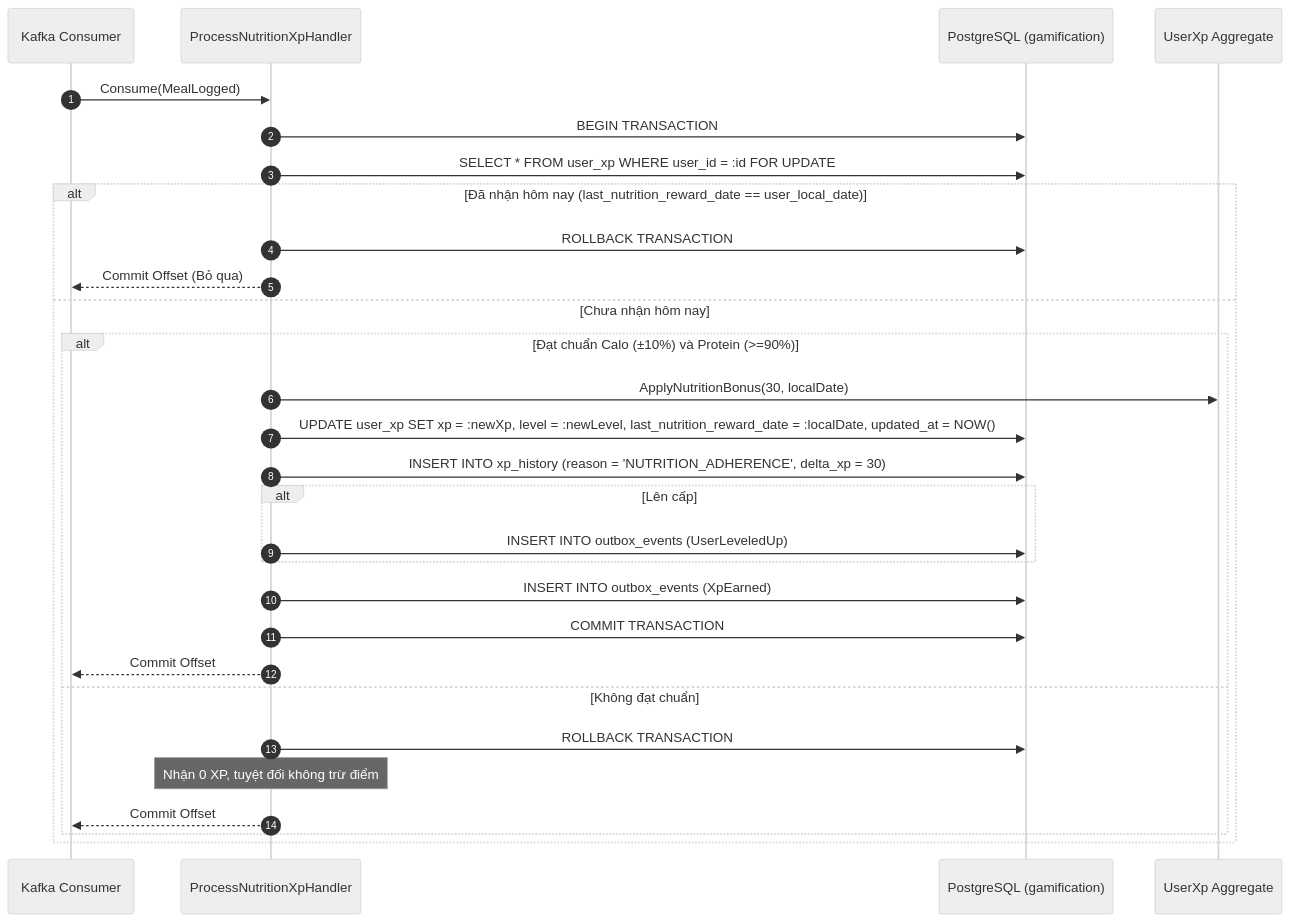
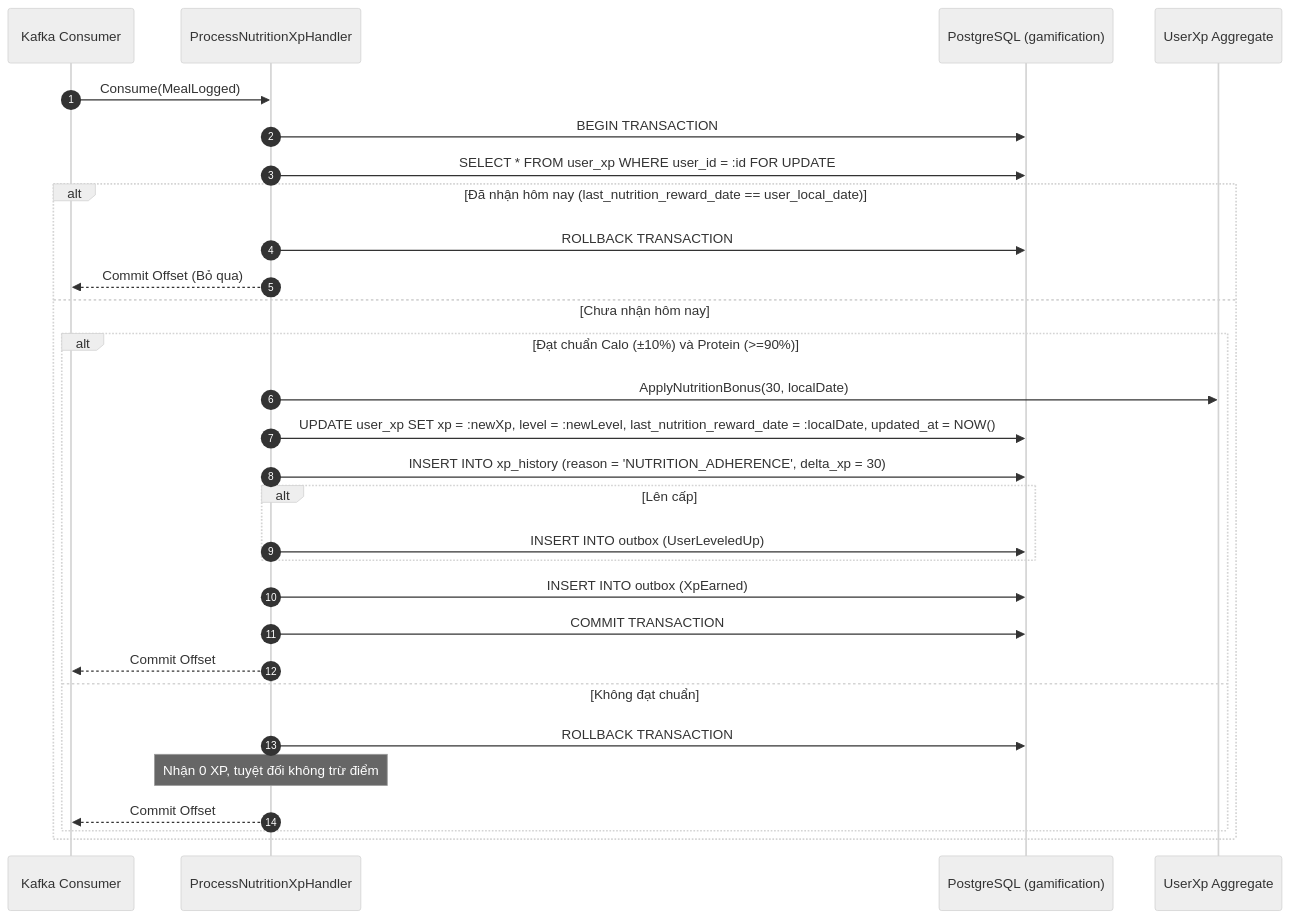
The fourth of 5 diagrams in internal/gamification/docs/features/xp-and-levels/02-design.md (viethung213/gym-companion), drawn with Mermaid (neutral theme) before and after one commit. The commit also changed other lines of this file and 2 other files, not shown here.

Commit message:
docs(gamification): bổ sung đặc tả Transactional Outbox dùng chung toàn module và chuẩn hóa bảng outbox

````diff
--- a/internal/gamification/docs/features/xp-and-levels/02-design.md
+++ b/internal/gamification/docs/features/xp-and-levels/02-design.md
@@ -266,32 +255,32 @@
 ```mermaid
 sequenceDiagram
     autonumber
     participant K as Kafka Consumer
     participant App as ProcessNutritionXpHandler
     participant DB as PostgreSQL (gamification)
     participant Domain as UserXp Aggregate
 
     K->>App: Consume(MealLogged)
     App->>DB: BEGIN TRANSACTION
     App->>DB: SELECT * FROM user_xp WHERE user_id = :id FOR UPDATE
     alt Đã nhận hôm nay (last_nutrition_reward_date == user_local_date)
         App->>DB: ROLLBACK TRANSACTION
         App-->>K: Commit Offset (Bỏ qua)
     else Chưa nhận hôm nay
         alt Đạt chuẩn Calo (±10%) và Protein (>=90%)
             App->>Domain: ApplyNutritionBonus(30, localDate)
             App->>DB: UPDATE user_xp SET xp = :newXp, level = :newLevel, last_nutrition_reward_date = :localDate, updated_at = NOW()
             App->>DB: INSERT INTO xp_history (reason = 'NUTRITION_ADHERENCE', delta_xp = 30)
             alt Lên cấp
-                App->>DB: INSERT INTO outbox_events (UserLeveledUp)
+                App->>DB: INSERT INTO outbox (UserLeveledUp)
             end
-            App->>DB: INSERT INTO outbox_events (XpEarned)
+            App->>DB: INSERT INTO outbox (XpEarned)
             App->>DB: COMMIT TRANSACTION
             App-->>K: Commit Offset
         else Không đạt chuẩn
             App->>DB: ROLLBACK TRANSACTION
             Note over App: Nhận 0 XP, tuyệt đối không trừ điểm
             App-->>K: Commit Offset
         end
     end
 ```
````
